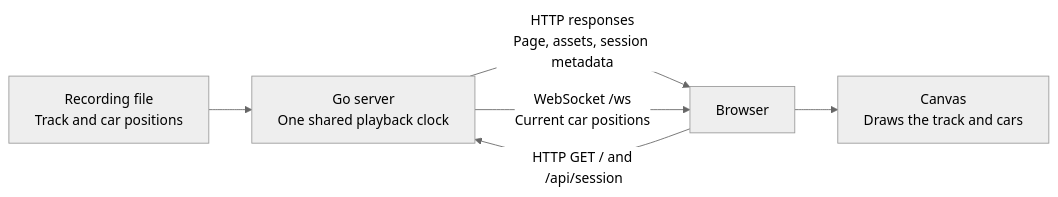
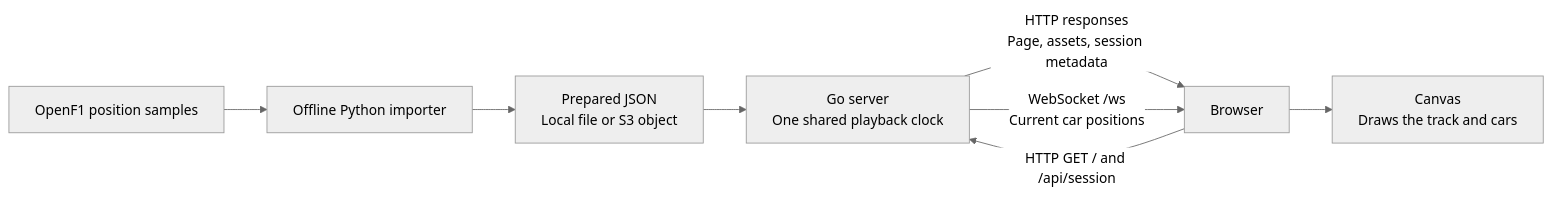
The diagram in PROJECT_GUIDE.md (auscodes/f1-race-replay), drawn with Mermaid (neutral theme) before and after one commit. The commit also changed other lines of this file and 1 other file, not shown here.

Commit message:
docs: explain historical replay and trace one Barcelona frame

````diff
--- a/PROJECT_GUIDE.md
+++ b/PROJECT_GUIDE.md
@@ -7,8 +7,10 @@
 ```mermaid
 flowchart LR
-    A["Recording file<br/>Track and car positions"] --> B["Go server<br/>One shared playback clock"]
+    S["OpenF1 position samples"] --> P["Offline Python importer"]
+    P --> A["Prepared JSON<br/>Local file or S3 object"]
+    A --> B["Go server<br/>One shared playback clock"]
     C["Browser"] -->|"HTTP GET / and /api/session"| B
     B -->|"HTTP responses<br/>Page, assets, session metadata"| C
     B -->|"WebSocket /ws<br/>Current car positions"| C
     C --> D["Canvas<br/>Draws the track and cars"]
 ```
````
